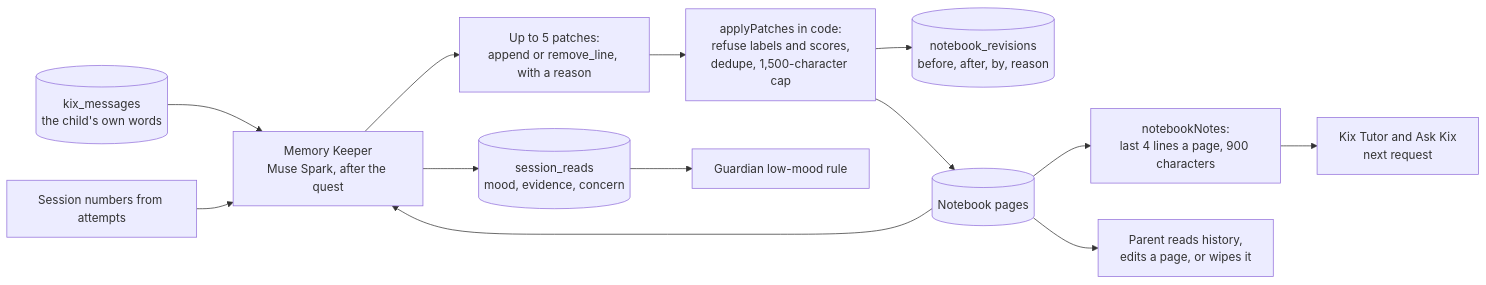
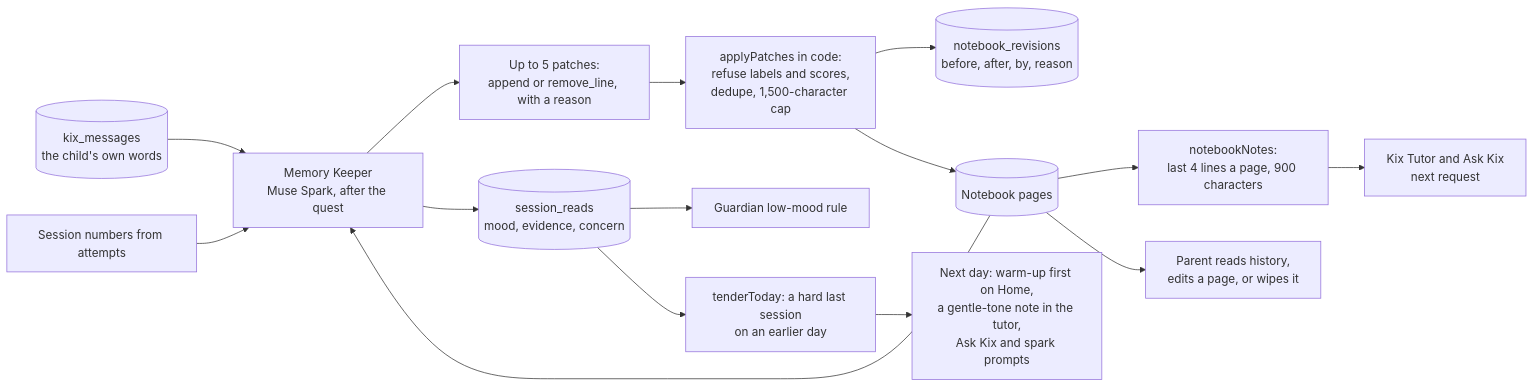
Before and after one commit to cyyeong/mykx: the sixth of 8 diagrams in docs/ARCHITECTURE.md, drawn with Mermaid. The commit also changed other lines of this file and 42 other files, not shown here.

````diff
--- a/docs/ARCHITECTURE.md
+++ b/docs/ARCHITECTURE.md
@@ -684,15 +684,17 @@
 ```mermaid
 flowchart LR
   WORDS[("kix_messages<br/>the child's own words")] --> MK["Memory Keeper<br/>Muse Spark, after the quest"]
   STATS["Session numbers from attempts"] --> MK
   PAGES[("Notebook pages")] --> MK
   MK --> PATCHES["Up to 5 patches:<br/>append or remove_line, with a reason"]
   MK --> MOOD[("session_reads<br/>mood, evidence, concern")]
   PATCHES --> APPLY["applyPatches in code:<br/>refuse labels and scores,<br/>dedupe, 1,500-character cap"]
   APPLY --> REV[("notebook_revisions<br/>before, after, by, reason")]
   APPLY --> PAGES
   PAGES --> NOTES["notebookNotes:<br/>last 4 lines a page, 900 characters"]
   NOTES --> TUTOR["Kix Tutor and Ask Kix<br/>next request"]
   PAGES --> PARENT["Parent reads history,<br/>edits a page, or wipes it"]
   MOOD --> FLAGS["Guardian low-mood rule"]
+  MOOD --> TENDER["tenderToday: a hard last session<br/>on an earlier day"]
+  TENDER --> GENTLE["Next day: warm-up first on Home,<br/>a gentle-tone note in the tutor,<br/>Ask Kix and spark prompts"]
 ```
````
